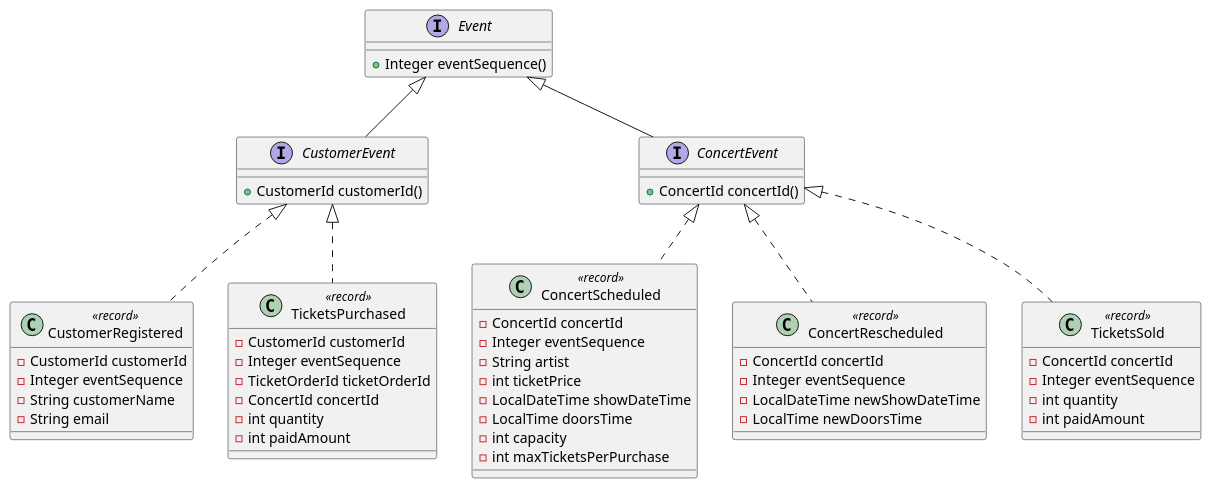
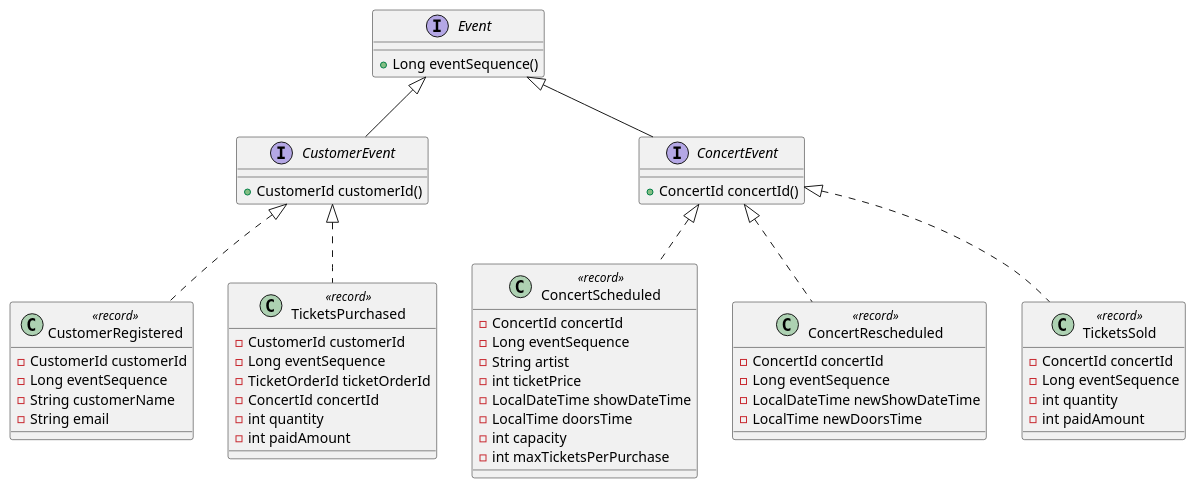
The diagram in EventSourcingDomainModel - as records.puml (jitterted/jitterticket-event-sourced), drawn with PlantUML before and after one commit. The commit also changed 40 other files, not shown here.

First line of the commit message:
Finished removing app-assigned "local" event sequence and only using the "global" (database-assigned) event sequence for ordering (now just called "event_sequence)

```diff
--- a/EventSourcingDomainModel - as records.puml
+++ b/EventSourcingDomainModel - as records.puml
@@ -1,66 +1,66 @@
 @startuml Event Implementation Hierarchy (with Records)
 
 interface Event {
-  +Integer eventSequence()
+  +Long eventSequence()
 }
 
 interface CustomerEvent {
   +CustomerId customerId()
 }
 
 interface ConcertEvent {
   +ConcertId concertId()
 }
 
 class CustomerRegistered <<record>> {
   -CustomerId customerId
-  -Integer eventSequence
+  -Long eventSequence
   -String customerName
   -String email
 }
 
 class TicketsPurchased <<record>> {
   -CustomerId customerId
-  -Integer eventSequence
+  -Long eventSequence
   -TicketOrderId ticketOrderId
   -ConcertId concertId
   -int quantity
   -int paidAmount
 }
 
 class ConcertScheduled <<record>> {
   -ConcertId concertId
-  -Integer eventSequence
+  -Long eventSequence
   -String artist
   -int ticketPrice
   -LocalDateTime showDateTime
   -LocalTime doorsTime
   -int capacity
   -int maxTicketsPerPurchase
 }
 
 class ConcertRescheduled <<record>> {
   -ConcertId concertId
-  -Integer eventSequence
+  -Long eventSequence
   -LocalDateTime newShowDateTime
   -LocalTime newDoorsTime
 }
 
 class TicketsSold <<record>> {
   -ConcertId concertId
-  -Integer eventSequence
+  -Long eventSequence
   -int quantity
   -int paidAmount
 }
 
 Event <|-- CustomerEvent
 Event <|-- ConcertEvent
 
 CustomerEvent <|.. CustomerRegistered
 CustomerEvent <|.. TicketsPurchased
 
 ConcertEvent <|.. ConcertScheduled
 ConcertEvent <|.. ConcertRescheduled
 ConcertEvent <|.. TicketsSold
 
 @enduml
```
